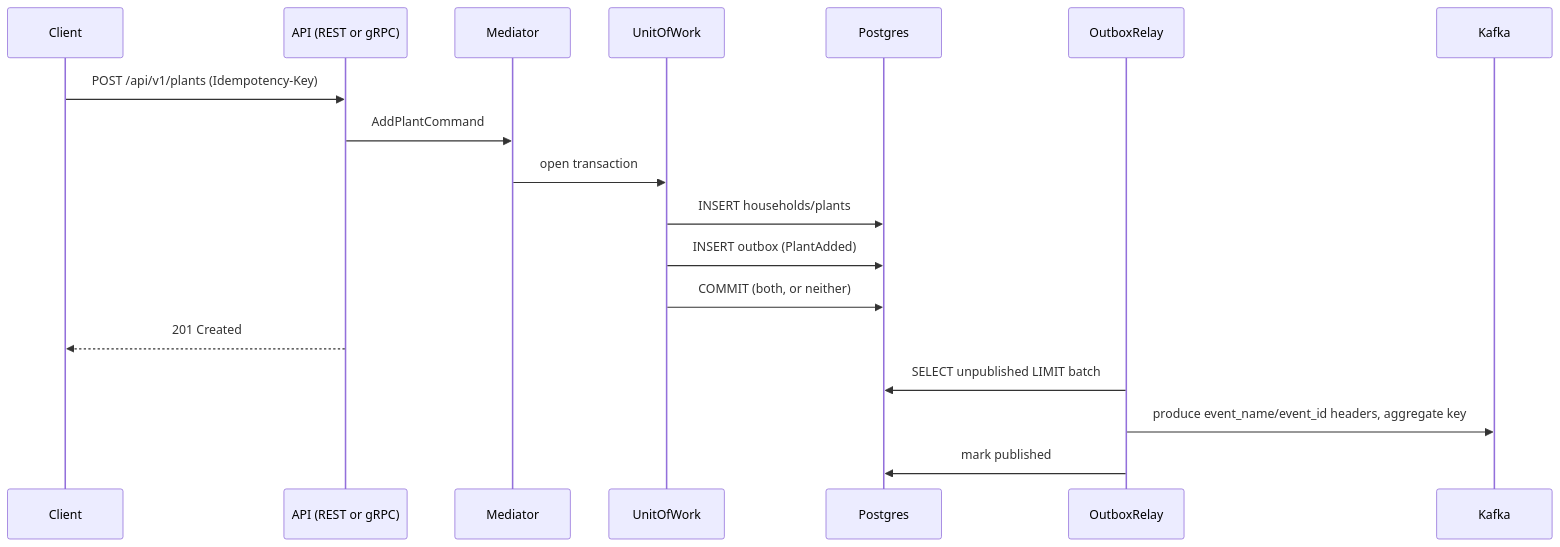
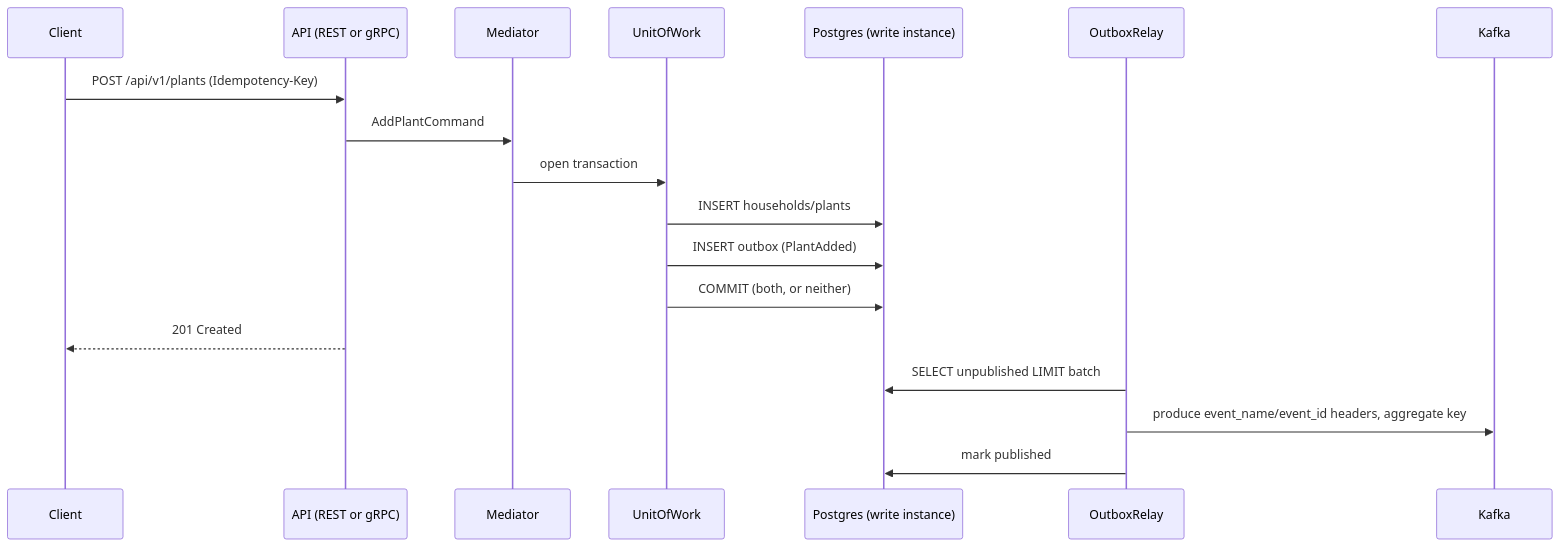
Before and after one commit to DisMosGit/plantkeeper: the first of 3 diagrams in docs/architecture.md, drawn with Mermaid. The commit also changed other lines of this file and 14 other files, not shown here.

Commit message:
docs: describe the two-database topology, the query split and the new flows

````diff
--- a/docs/architecture.md
+++ b/docs/architecture.md
@@ -93,21 +114,21 @@
 ```mermaid
 sequenceDiagram
     participant C as Client
     participant A as API (REST or gRPC)
     participant M as Mediator
     participant U as UnitOfWork
-    participant D as Postgres
+    participant D as Postgres (write instance)
     participant R as OutboxRelay
     participant K as Kafka
 
     C->>A: POST /api/v1/plants (Idempotency-Key)
     A->>M: AddPlantCommand
     M->>U: open transaction
     U->>D: INSERT households/plants
     U->>D: INSERT outbox (PlantAdded)
     U->>D: COMMIT (both, or neither)
     A-->>C: 201 Created
     R->>D: SELECT unpublished LIMIT batch
     R->>K: produce event_name/event_id headers, aggregate key
     R->>D: mark published
 ```
````
